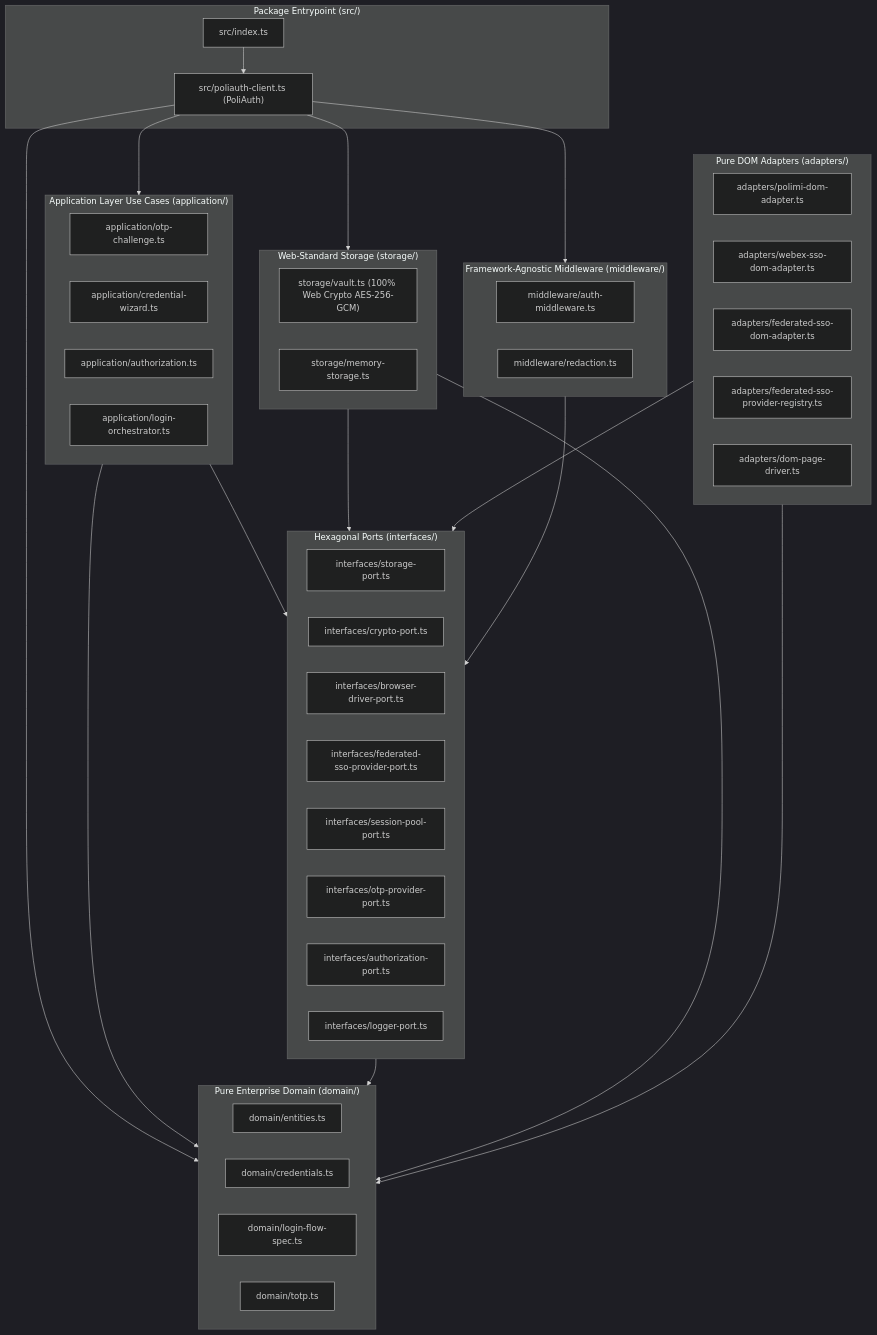
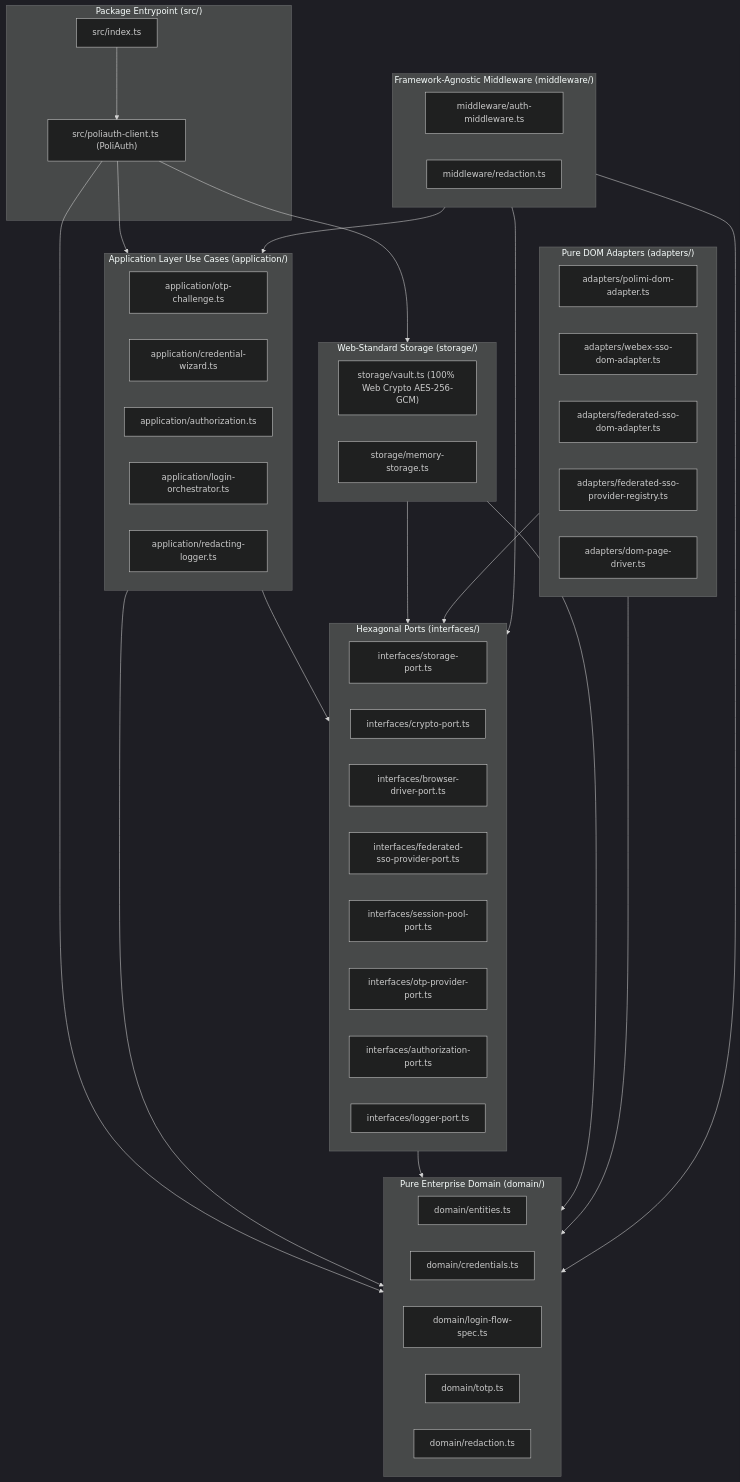
Before and after one commit to m-ebrahimzadeh/polisdk: the diagram in packages/poliauth/docs/01-architecture-analysis-and-coupling-report.md, drawn with Mermaid (dark theme). The commit also changed other lines of this file and 52 other files, not shown here.

````diff
--- a/packages/poliauth/docs/01-architecture-analysis-and-coupling-report.md
+++ b/packages/poliauth/docs/01-architecture-analysis-and-coupling-report.md
@@ -11,64 +11,67 @@
 ```mermaid
 flowchart TD
   subgraph Facade["Package Entrypoint (src/)"]
     Index["src/index.ts"]
     Client["src/poliauth-client.ts (PoliAuth)"]
   end
 
   subgraph Application["Application Layer Use Cases (application/)"]
     OtpCoord["application/otp-challenge.ts"]
     Wizard["application/credential-wizard.ts"]
     Authz["application/authorization.ts"]
     Orch["application/login-orchestrator.ts"]
+    RedactLog["application/redacting-logger.ts"]
   end
 
   subgraph Domain["Pure Enterprise Domain (domain/)"]
     Entities["domain/entities.ts"]
     Creds["domain/credentials.ts"]
     FlowSpec["domain/login-flow-spec.ts"]
     Totp["domain/totp.ts"]
+    Redact["domain/redaction.ts"]
   end
 
   subgraph Ports["Hexagonal Ports (interfaces/)"]
     StoragePort["interfaces/storage-port.ts"]
     CryptoPort["interfaces/crypto-port.ts"]
     DriverPort["interfaces/browser-driver-port.ts"]
     FederatedPort["interfaces/federated-sso-provider-port.ts"]
     SessionPoolPort["interfaces/session-pool-port.ts"]
     OtpPort["interfaces/otp-provider-port.ts"]
     AuthzPort["interfaces/authorization-port.ts"]
     LoggerPort["interfaces/logger-port.ts"]
   end
 
   subgraph Storage["Web-Standard Storage (storage/)"]
     Vault["storage/vault.ts (100% Web Crypto AES-256-GCM)"]
     MemStore["storage/memory-storage.ts"]
   end
 
   subgraph Adapters["Pure DOM Adapters (adapters/)"]
     PolimiDom["adapters/polimi-dom-adapter.ts"]
     WebexDom["adapters/webex-sso-dom-adapter.ts"]
     FederatedDom["adapters/federated-sso-dom-adapter.ts"]
     Registry["adapters/federated-sso-provider-registry.ts"]
     DomDriver["adapters/dom-page-driver.ts"]
   end
 
   subgraph Middleware["Framework-Agnostic Middleware (middleware/)"]
     AuthMw["middleware/auth-middleware.ts"]
     Redaction["middleware/redaction.ts"]
   end
 
   Index --> Client
   Client --> Application
   Client --> Domain
   Client --> Storage
-  Client --> Middleware
   Application --> Domain
   Application --> Ports
   Ports --> Domain
   Storage --> Domain
   Storage --> Ports
   Adapters --> Domain
   Adapters --> Ports
+  Middleware --> Domain
+  Middleware --> Application
   Middleware --> Ports
 ```
````
